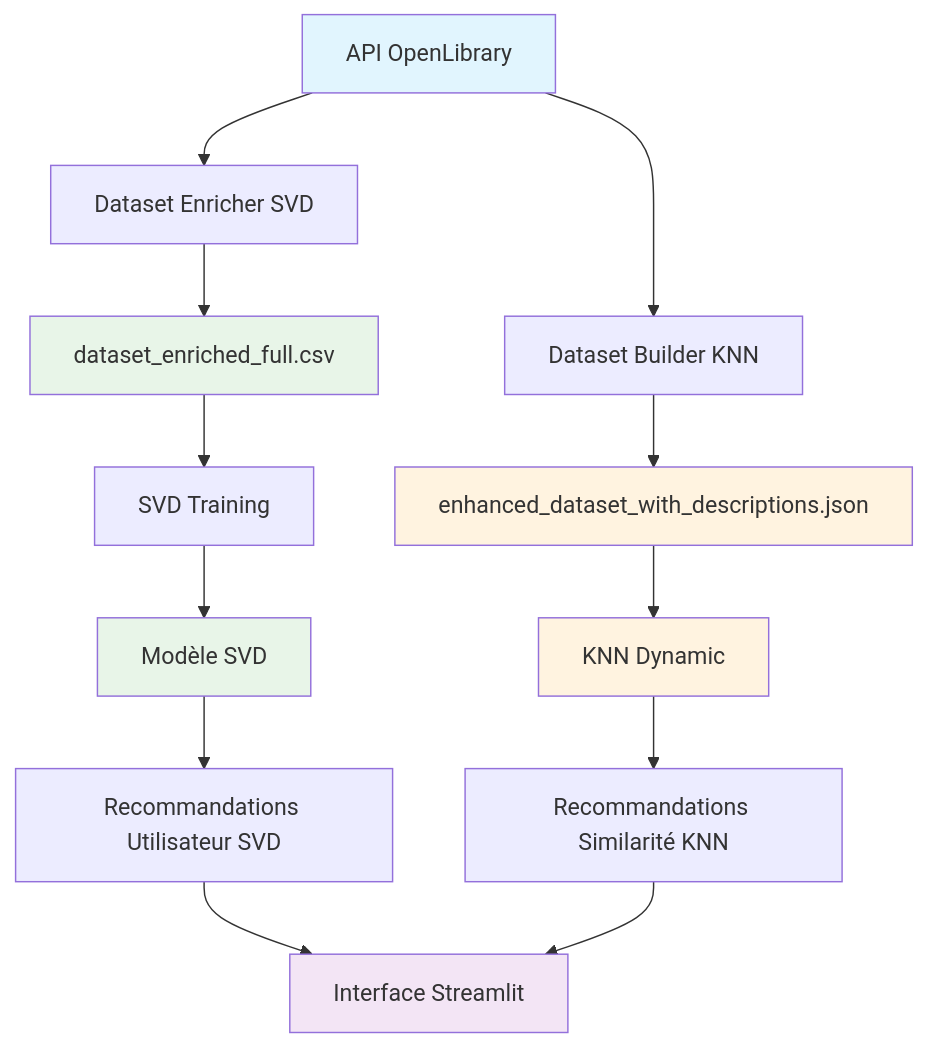
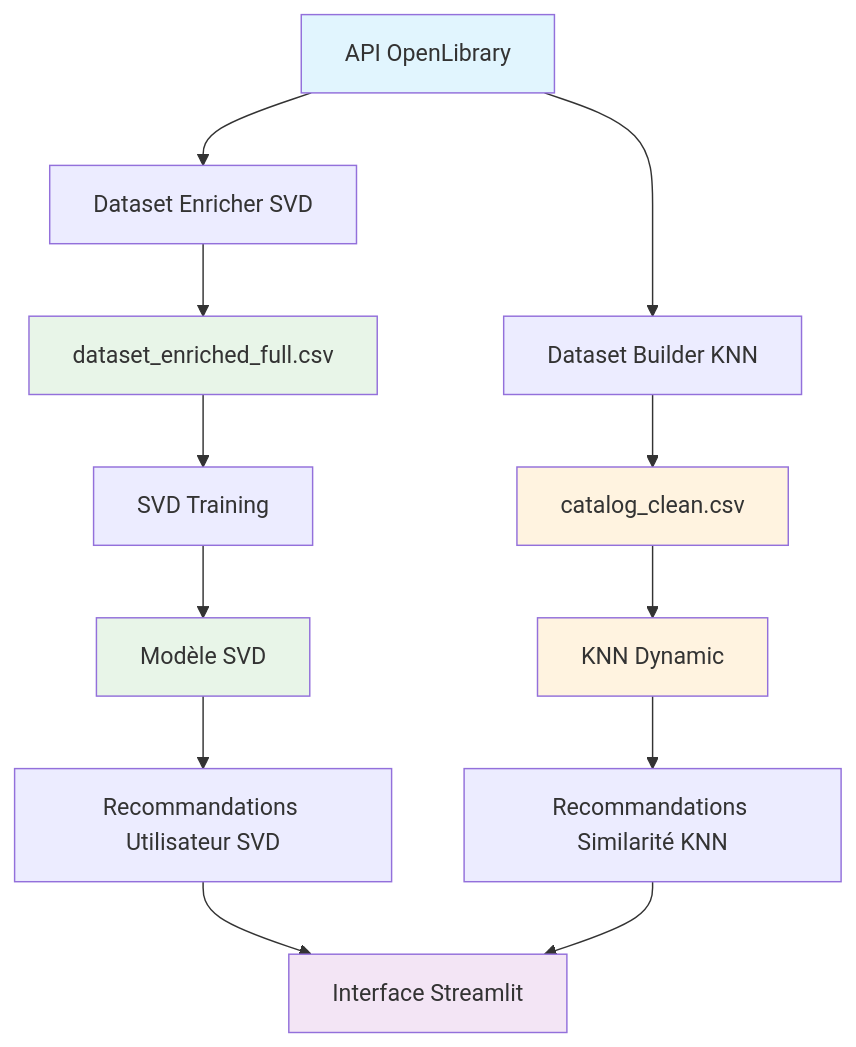
Before and after one commit to FLebrun-67/Book_recommender: the diagram in README.md, drawn with Mermaid. The commit also changed 4 other files, not shown here.

````diff
--- a/README.md
+++ b/README.md
@@ -27,26 +27,26 @@
 ```mermaid
 graph TD
     A[API OpenLibrary] --> B[Dataset Builder KNN]
     A --> C[Dataset Enricher SVD]
     
-    B --> D[enhanced_dataset_with_descriptions.json]
+    B --> D[catalog_clean.csv]
     C --> E[dataset_enriched_full.csv]
     
     E --> F[SVD Training]
     F --> G[Modèle SVD]
     
     D --> H[KNN Dynamic]
     
     G --> I[Recommandations Utilisateur SVD]
     H --> J[Recommandations Similarité KNN]
     
     I --> K[Interface Streamlit]
     J --> K
     
     style A fill:#e1f5fe
     style D fill:#fff3e0
     style E fill:#e8f5e8
     style G fill:#e8f5e8
     style H fill:#fff3e0
     style K fill:#f3e5f5
 ```
````
